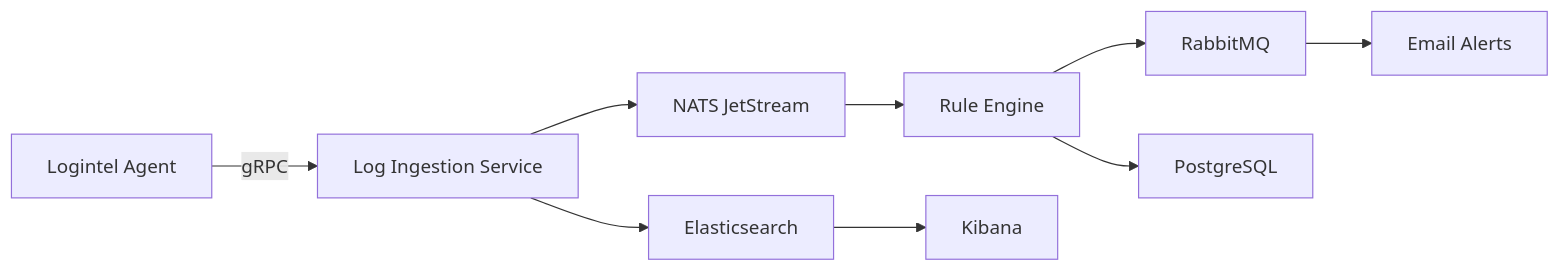
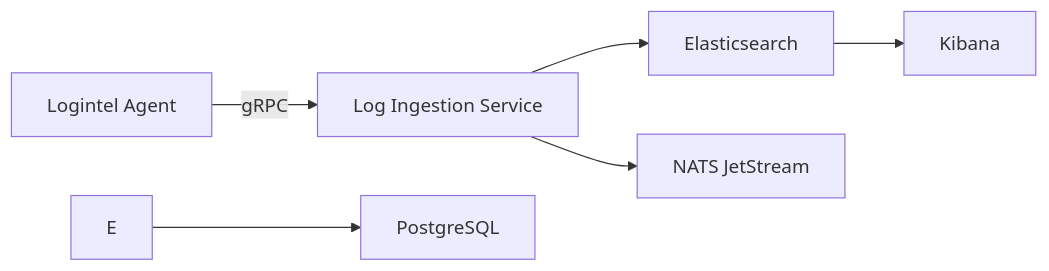
The diagram in README.md (incodi404/logintel-server), drawn with Mermaid before and after one commit. The commit also changed other lines of this file, not shown here.

````diff
--- a/README.md
+++ b/README.md
@@ -40,12 +40,9 @@
 ```mermaid
 flowchart LR
 
 A[Logintel Agent] -->|gRPC| B[Log Ingestion Service]
 B --> C[Elasticsearch]
 B --> D[NATS JetStream]
-D --> E[Rule Engine]
-E --> F[RabbitMQ]
 E --> G[PostgreSQL]
 C --> H[Kibana]
-F --> I[Email Alerts]
 ```
````
